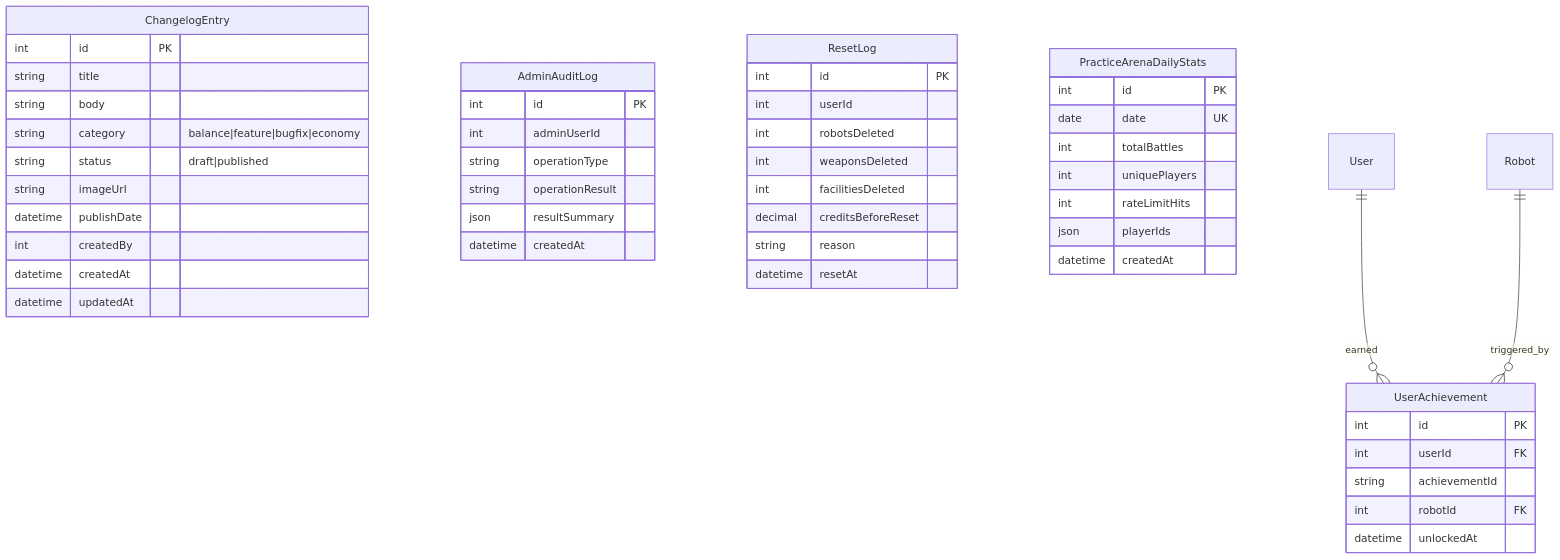
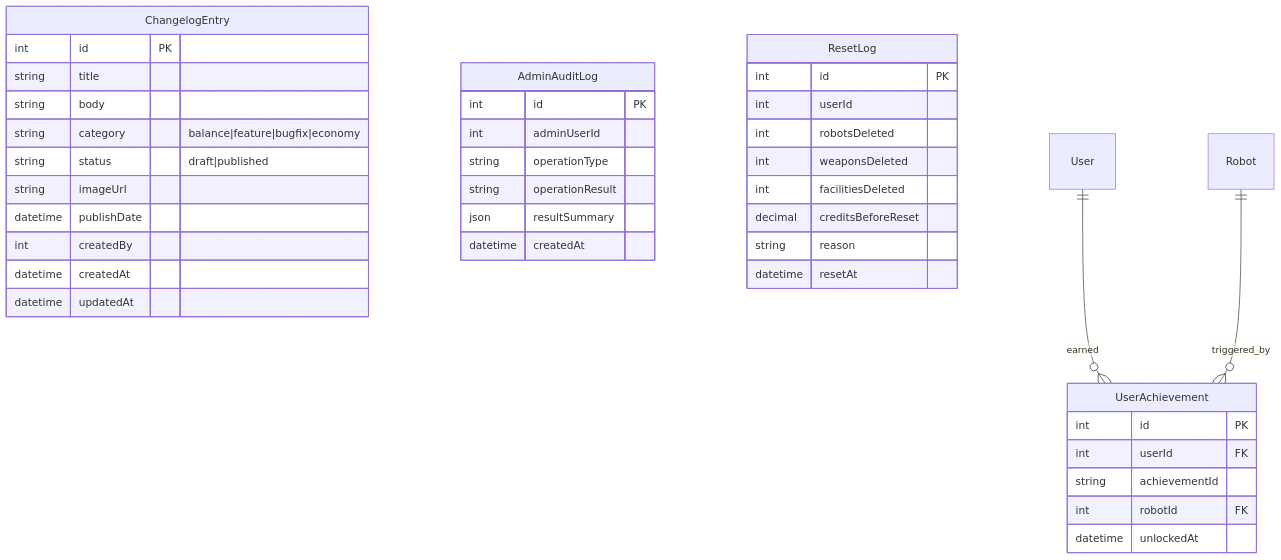
Diagram 18 of 21 in docs/architecture/diagrams.md (RobertTeunissen/ArmouredSouls), drawn with Mermaid before and after one commit. The commit also changed other lines of this file and 104 other files, not shown here.

````diff
--- a/docs/architecture/diagrams.md
+++ b/docs/architecture/diagrams.md
@@ -827,56 +816,46 @@
 ```mermaid
 erDiagram
     UserAchievement {
         int id PK
         int userId FK
         string achievementId
         int robotId FK
         datetime unlockedAt
     }
 
     ChangelogEntry {
         int id PK
         string title
         string body
         string category "balance|feature|bugfix|economy"
         string status "draft|published"
         string imageUrl
         datetime publishDate
         int createdBy
         datetime createdAt
         datetime updatedAt
     }
 
     AdminAuditLog {
         int id PK
         int adminUserId
         string operationType
         string operationResult
         json resultSummary
         datetime createdAt
     }
 
     ResetLog {
         int id PK
         int userId
         int robotsDeleted
         int weaponsDeleted
         int facilitiesDeleted
         decimal creditsBeforeReset
         string reason
         datetime resetAt
     }
 
-    PracticeArenaDailyStats {
-        int id PK
-        date date UK
-        int totalBattles
-        int uniquePlayers
-        int rateLimitHits
-        json playerIds
-        datetime createdAt
-    }
-
     User ||--o{ UserAchievement : "earned"
     Robot ||--o{ UserAchievement : "triggered_by"
 ```
````
